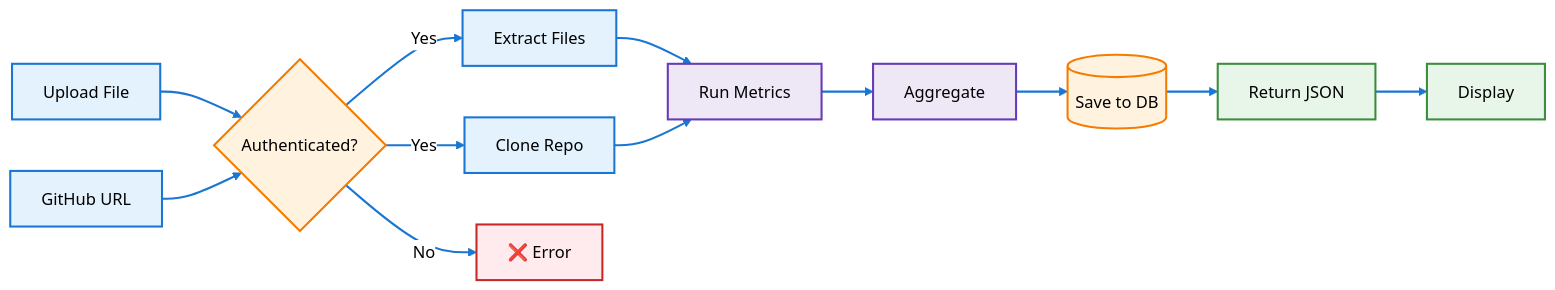
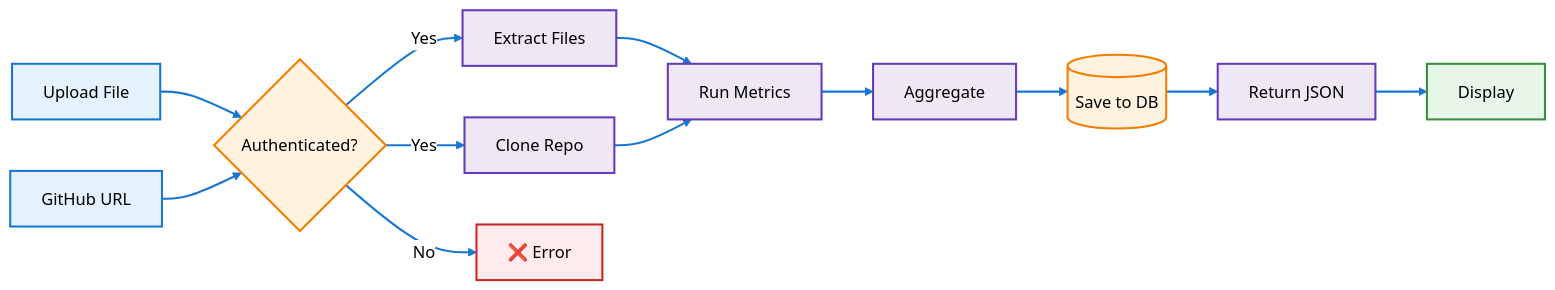
Before and after one commit to evanalulu/vibe8-docs: the fifth of 12 diagrams in diagrams.md, drawn with Mermaid. The commit also changed other lines of this file, not shown here.

First line of the commit message:
Update diagram colors and layouts for visual consistency

````diff
--- a/diagrams.md
+++ b/diagrams.md
@@ -270,41 +256,41 @@
 ```mermaid
 %%{init: {'theme':'base', 'themeVariables': { 'primaryColor':'#E3F2FD','primaryTextColor':'#000','primaryBorderColor':'#1976D2','lineColor':'#1976D2','secondaryColor':'#FFF3E0','tertiaryColor':'#F1F8E9','edgeLabelBackground':'#ffffff','clusterBkg':'#ffffff','clusterBorder':'#1976D2','titleColor':'#000'}}}%%
 flowchart LR
     A1["Upload File"]
     A2["GitHub URL"]
     B{"Authenticated?"}
     C1["Extract Files"]
     C2["Clone Repo"]
     D["Run Metrics"]
     E["Aggregate"]
     F[("Save to DB")]
     G["Return JSON"]
     H["Display"]
     L["❌ Error"]
 
     A1 --> B
     A2 --> B
     B -->|"Yes"| C1
     B -->|"Yes"| C2
     B -->|"No"| L
     C1 --> D
     C2 --> D
     D --> E
     E --> F
     F --> G
     G --> H
 
     style A1 fill:#E3F2FD,stroke:#1976D2,stroke-width:2px,color:#000
     style A2 fill:#E3F2FD,stroke:#1976D2,stroke-width:2px,color:#000
     style B fill:#FFF3E0,stroke:#F57C00,stroke-width:2px,color:#000
-    style C1 fill:#E3F2FD,stroke:#1976D2,stroke-width:2px,color:#000
-    style C2 fill:#E3F2FD,stroke:#1976D2,stroke-width:2px,color:#000
+    style C1 fill:#EDE7F6,stroke:#673AB7,stroke-width:2px,color:#000
+    style C2 fill:#EDE7F6,stroke:#673AB7,stroke-width:2px,color:#000
     style D fill:#EDE7F6,stroke:#673AB7,stroke-width:2px,color:#000
     style E fill:#EDE7F6,stroke:#673AB7,stroke-width:2px,color:#000
     style F fill:#FFF3E0,stroke:#F57C00,stroke-width:2px,color:#000
-    style G fill:#E8F5E9,stroke:#388E3C,stroke-width:2px,color:#000
+    style G fill:#EDE7F6,stroke:#673AB7,stroke-width:2px,color:#000
     style H fill:#E8F5E9,stroke:#388E3C,stroke-width:2px,color:#000
     style L fill:#FFEBEE,stroke:#C62828,stroke-width:2px,color:#000
 
     linkStyle default stroke:#1976D2,stroke-width:2px
 ```
````
